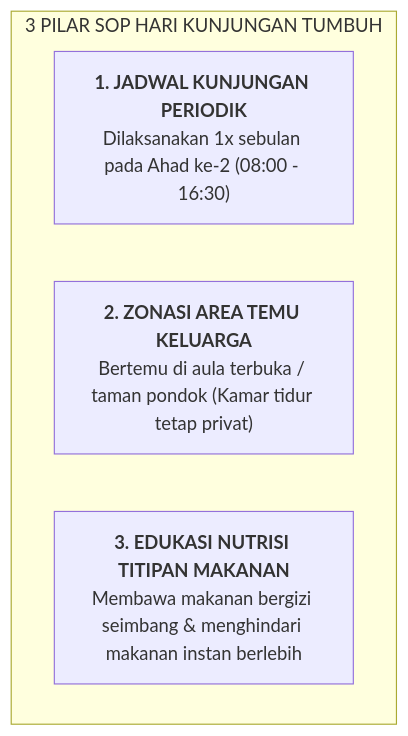
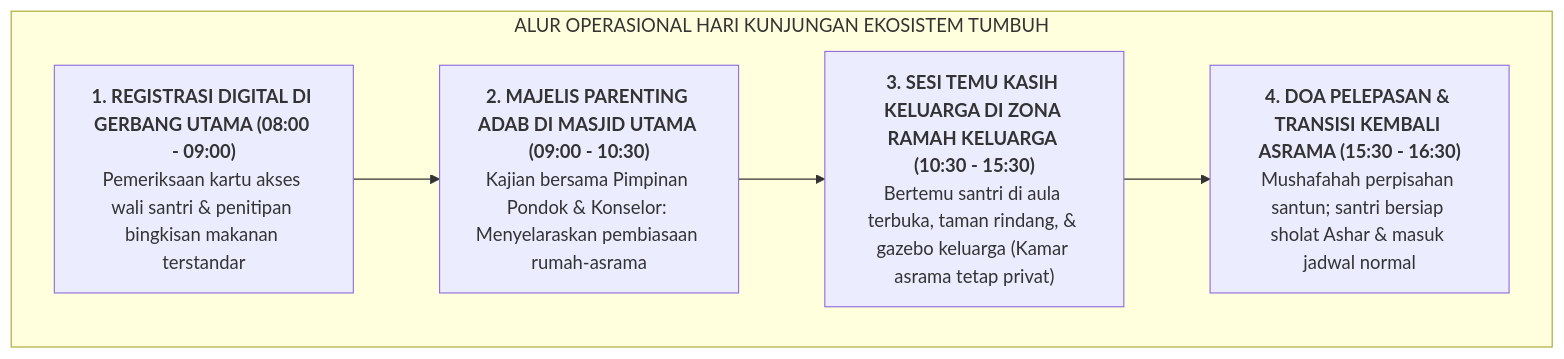
Before and after one commit to wandiapriliyandi/tumbuh: the diagram in BOOK Series 2/Volume-05-Manual-Operasional-SOP-24Jam-dan-Tata-Kelola/Bab-06-Tata-Kelola-Komunikasi-Wali-Santri/02-Manajemen-Kunjungan-Orang-Tua.md, drawn with Mermaid. The commit also changed other lines of this file and 61 other files, not shown here.

````diff
--- a/BOOK Series 2/Volume-05-Manual-Operasional-SOP-24Jam-dan-Tata-Kelola/Bab-06-Tata-Kelola-Komunikasi-Wali-Santri/02-Manajemen-Kunjungan-Orang-Tua.md
+++ b/BOOK Series 2/Volume-05-Manual-Operasional-SOP-24Jam-dan-Tata-Kelola/Bab-06-Tata-Kelola-Komunikasi-Wali-Santri/02-Manajemen-Kunjungan-Orang-Tua.md
@@ -11,8 +14,14 @@
 ```mermaid
 flowchart TD
-    subgraph SOPKunjungan["3 PILAR SOP HARI KUNJUNGAN TUMBUH"]
-        P1["<b>1. JADWAL KUNJUNGAN PERIODIK</b><br/>Dilaksanakan 1x sebulan pada Ahad ke-2 (08:00 - 16:30)"]
-        P2["<b>2. ZONASI AREA TEMU KELUARGA</b><br/>Bertemu di aula terbuka / taman pondok (Kamar tidur tetap privat)"]
-        P3["<b>3. EDUKASI NUTRISI TITIPAN MAKANAN</b><br/>Membawa makanan bergizi seimbang & menghindari makanan instan berlebih"]
+    subgraph AlurHariKunjungan["ALUR OPERASIONAL HARI KUNJUNGAN EKOSISTEM TUMBUH"]
+        A1["<b>1. REGISTRASI DIGITAL DI GERBANG UTAMA (08:00 - 09:00)</b><br/>Pemeriksaan kartu akses wali santri & penitipan bingkisan makanan terstandar"]
+        
+        A2["<b>2. MAJELIS PARENTING ADAB DI MASJID UTAMA (09:00 - 10:30)</b><br/>Kajian bersama Pimpinan Pondok & Konselor: Menyelaraskan pembiasaan rumah-asrama"]
+        
+        A3["<b>3. SESI TEMU KASIH KELUARGA DI ZONA RAMAH KELUARGA (10:30 - 15:30)</b><br/>Bertemu santri di aula terbuka, taman rindang, & gazebo keluarga (Kamar asrama tetap privat)"]
+        
+        A4["<b>4. DOA PELEPASAN & TRANSISI KEMBALI ASRAMA (15:30 - 16:30)</b><br/>Mushafahah perpisahan santun; santri bersiap sholat Ashar & masuk jadwal normal"]
     end
+
+    A1 --> A2 --> A3 --> A4
 ```
````
